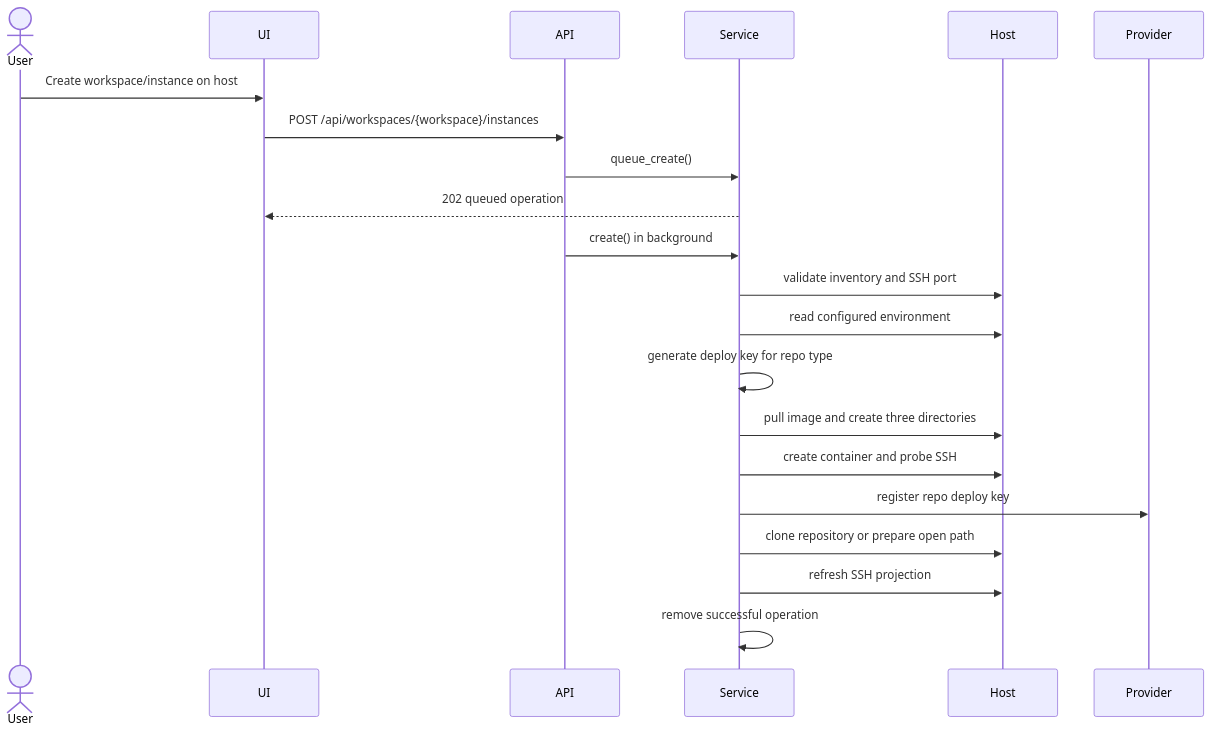
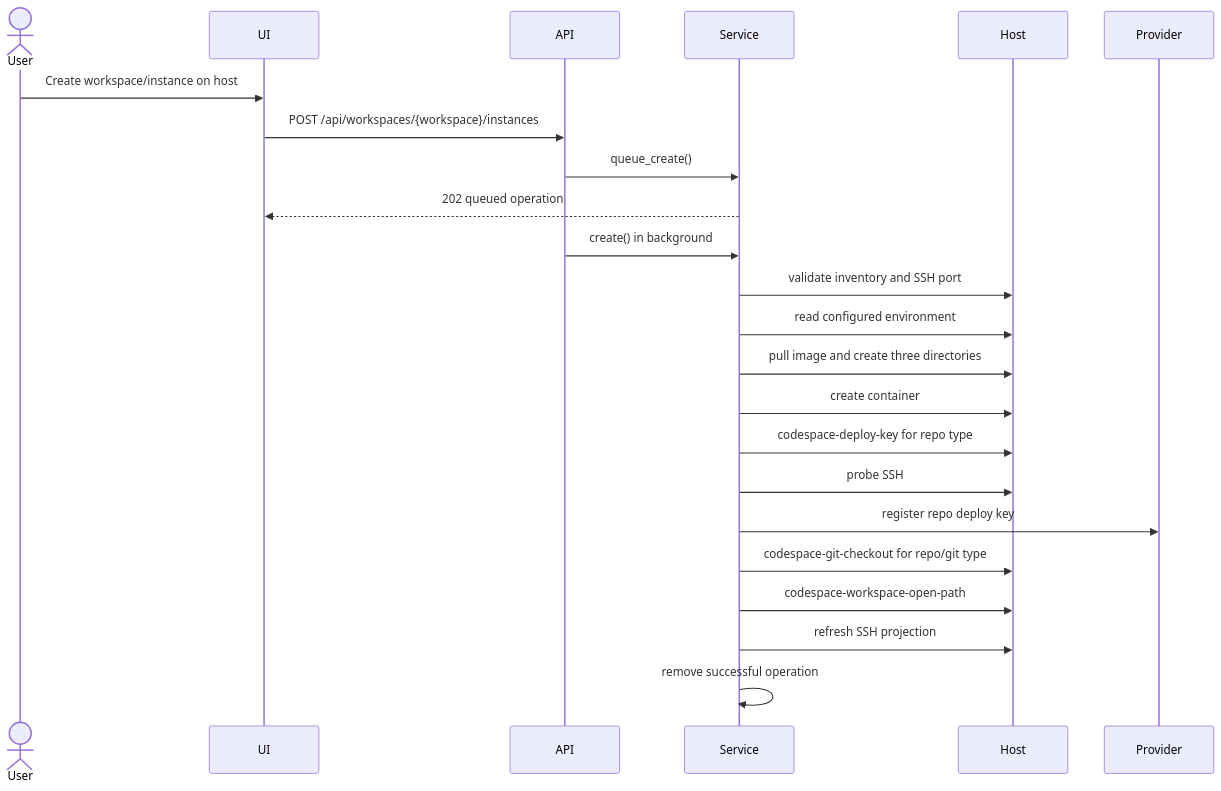
Before and after one commit to curoky/codespace: the sixth of 9 diagrams in controller/DESIGN.md, drawn with Mermaid. The commit also changed other lines of this file and 40 other files, not shown here.

````diff
--- a/controller/DESIGN.md
+++ b/controller/DESIGN.md
@@ -199,24 +203,26 @@
 ```mermaid
 sequenceDiagram
     actor User
     participant UI
     participant API
     participant Service
     participant Host
     participant Provider
 
     User->>UI: Create workspace/instance on host
     UI->>API: POST /api/workspaces/{workspace}/instances
     API->>Service: queue_create()
     Service-->>UI: 202 queued operation
     API->>Service: create() in background
     Service->>Host: validate inventory and SSH port
     Service->>Host: read configured environment
-    Service->>Service: generate deploy key for repo type
     Service->>Host: pull image and create three directories
-    Service->>Host: create container and probe SSH
+    Service->>Host: create container
+    Service->>Host: codespace-deploy-key for repo type
+    Service->>Host: probe SSH
     Service->>Provider: register repo deploy key
-    Service->>Host: clone repository or prepare open path
+    Service->>Host: codespace-git-checkout for repo/git type
+    Service->>Host: codespace-workspace-open-path
     Service->>Host: refresh SSH projection
     Service->>Service: remove successful operation
 ```
````
